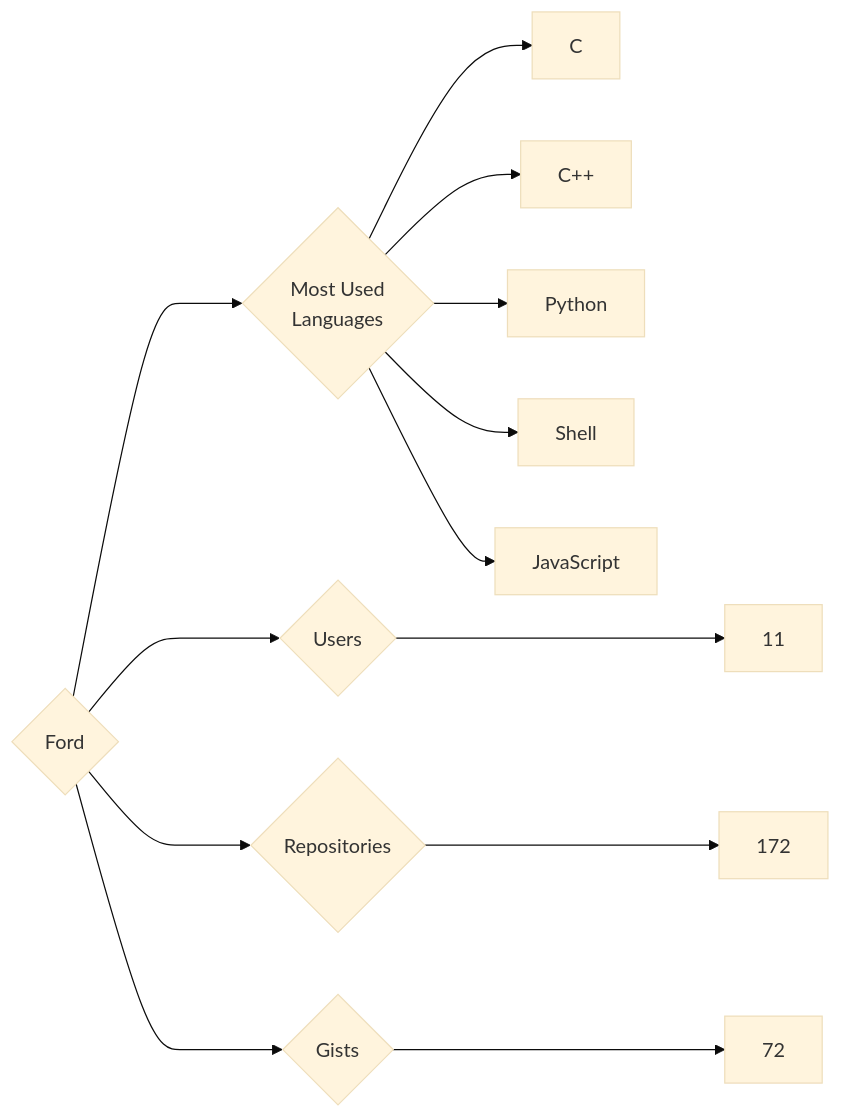
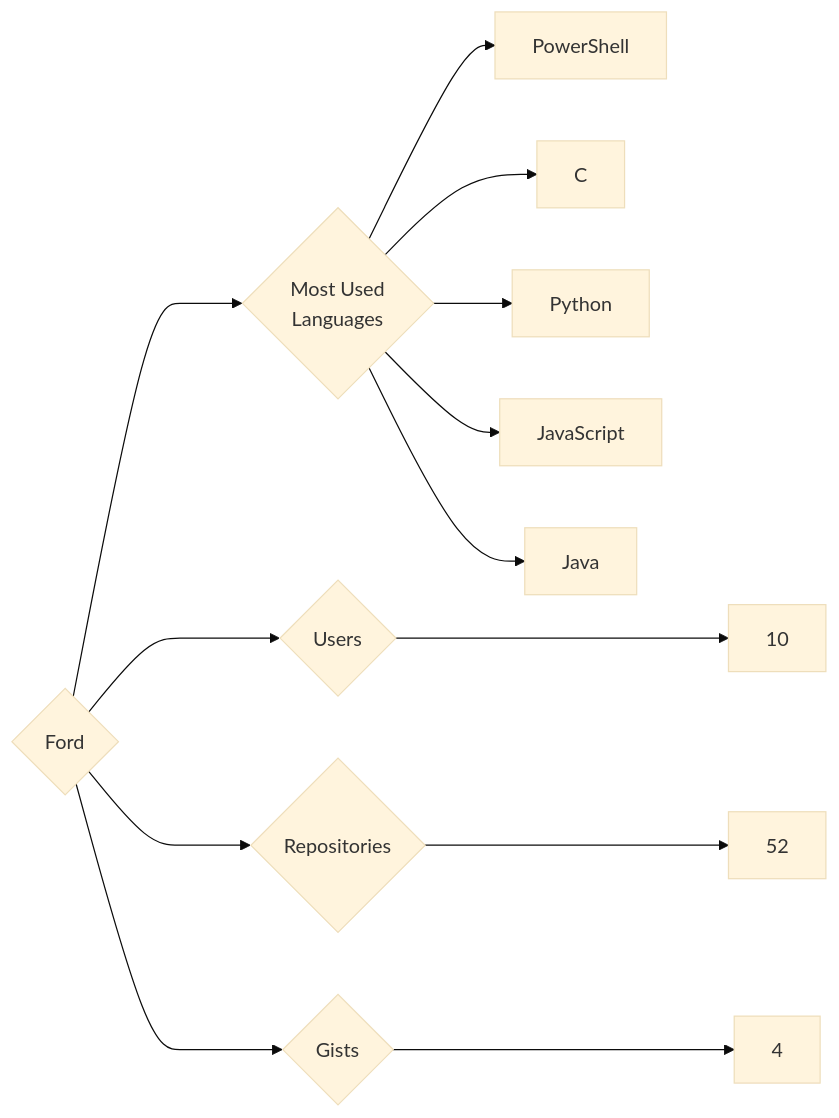
Before and after one commit to trickest/insiders: the diagram in targets/Ford/README.md, drawn with Mermaid (base theme). The commit also changed 1084 other files, not shown here.

````diff
--- a/targets/Ford/README.md
+++ b/targets/Ford/README.md
@@ -3,13 +3,13 @@
 ```mermaid
 graph LR
 COMPANY_NAME{Ford}
-COMPANY_NAME ---> U{Users} ---> UN[11]
-COMPANY_NAME ---> R{Repositories} ---> RN[172]
-COMPANY_NAME ---> G{Gists} ---> GN[72]
+COMPANY_NAME ---> U{Users} ---> UN[10]
+COMPANY_NAME ---> R{Repositories} ---> RN[52]
+COMPANY_NAME ---> G{Gists} ---> GN[4]
 COMPANY_NAME ---> ML{Most Used<br>Languages}
+ML --> PowerShell[PowerShell]
 ML --> C[C]
-ML --> C++[C++]
 ML --> Python[Python]
-ML --> Shell[Shell]
 ML --> JavaScript[JavaScript]
+ML --> Java[Java]
 ```
````
